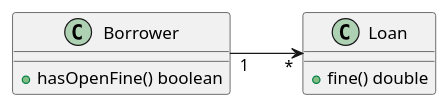
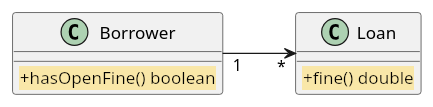
Diagram 14 of 23 in app/check-design/_sections/common-mistakes-before-and-after.mdx (HAN-Craftsmanship-KL-JJG/oose-study), drawn with PlantUML before and after one commit. The commit also changed other lines of this file and 37 other files, not shown here.

````diff
--- a/app/check-design/_sections/common-mistakes-before-and-after.mdx
+++ b/app/check-design/_sections/common-mistakes-before-and-after.mdx
@@ -181,10 +181,10 @@
 ```plantuml
     left to right direction
     class Borrower {
-        +hasOpenFine() boolean
+        <back:#F9E7A8>+hasOpenFine() boolean</back>
     }
     class Loan {
-        +fine() double
+        <back:#F9E7A8>+fine() double</back>
     }
     Borrower "1" --> "*" Loan
 ```
````
